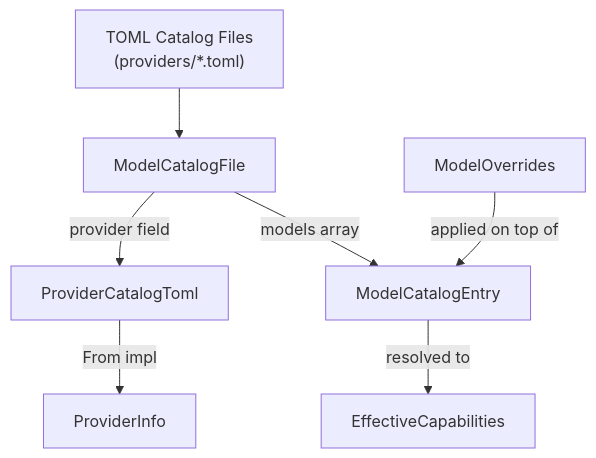
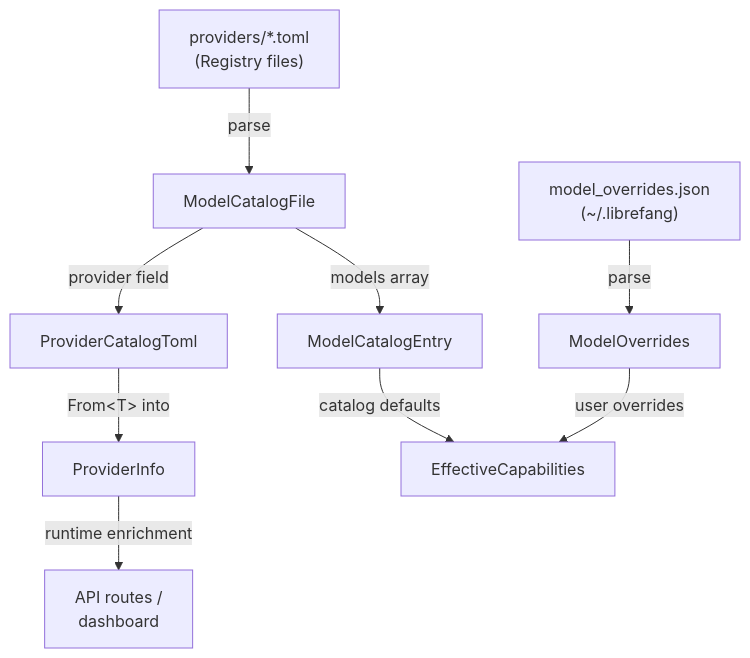
Before and after one commit to leszek3737/librefang-WIki: the diagram in other-librefang-types-src.md, drawn with Mermaid. The commit also changed other lines of this file and 125 other files, not shown here.

````diff
--- a/other-librefang-types-src.md
+++ b/other-librefang-types-src.md
@@ -11,17 +9,12 @@
 ```mermaid
 graph TD
-    TOML["TOML Catalog Files<br/>(providers/*.toml)"]
-    MCF["ModelCatalogFile"]
-    PCT["ProviderCatalogToml"]
-    MCE["ModelCatalogEntry"]
-    PI["ProviderInfo"]
-    MO["ModelOverrides"]
-    EC["EffectiveCapabilities"]
+    TOML["providers/*.toml<br/>(Registry files)"] -->|parse| MCF[ModelCatalogFile]
+    MCF -->|provider field| PCT[ProviderCatalogToml]
+    MCF -->|models array| MCE[ModelCatalogEntry]
+    PCT -->|From&lt;T&gt; into| PI[ProviderInfo]
+    PI -->|runtime enrichment| API["API routes /<br/>dashboard"]
 
-    TOML --> MCF
-    MCF -->|"provider field"| PCT
-    MCF -->|"models array"| MCE
-    PCT -->|"From impl"| PI
-    MO -->|"applied on top of"| MCE
-    MCE -->|"resolved to"| EC
+    JSON["model_overrides.json<br/>(~/.librefang)"] -->|parse| MO[ModelOverrides]
+    MCE -->|catalog defaults| EC[EffectiveCapabilities]
+    MO -->|user overrides| EC
 ```
````
